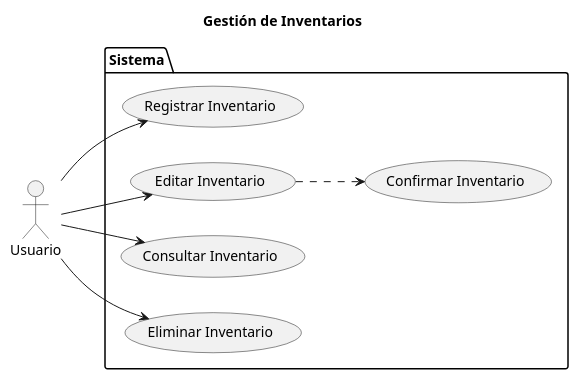
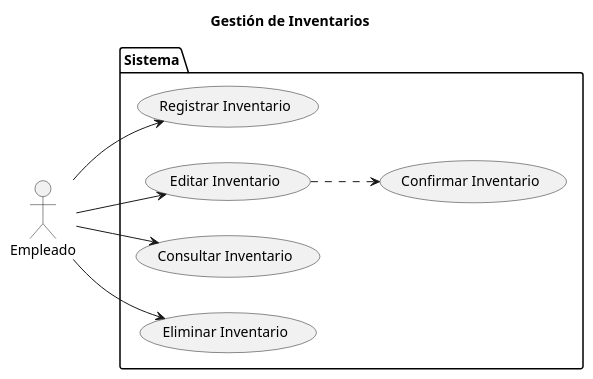
One commit to marcelolezcanodev/GarageGuru changed the diagram in Diagramas/caso_de_uso_Inventario.plantuml. Above: the diagram before and after it, drawn with PlantUML. The commit also changed 12 other files, not shown here.

Commit message:
Agregar mas diagramas de actividades

```diff
--- a/Diagramas/caso_de_uso_Inventario.plantuml
+++ b/Diagramas/caso_de_uso_Inventario.plantuml
@@ -1,25 +1,25 @@
 @startuml CU_Inventario
 
 left to right direction
 
 title Gestión de Inventarios
 
-actor Usuario as User
+actor Empleado as User
 
 package Sistema {
 
     USECASE "Registrar Inventario" as UC_Registrar
     USECASE "Editar Inventario" as UC_Editar
     USECASE "Consultar Inventario" as UC_Consultar
     USECASE "Eliminar Inventario" as UC_Eliminar
     USECASE "Confirmar Inventario" as UC_Confirmar
 
 }
 
 User --> UC_Registrar
 User --> UC_Editar
 User --> UC_Consultar
 User --> UC_Eliminar
 UC_Editar ..> UC_Confirmar
 
 @enduml
```
